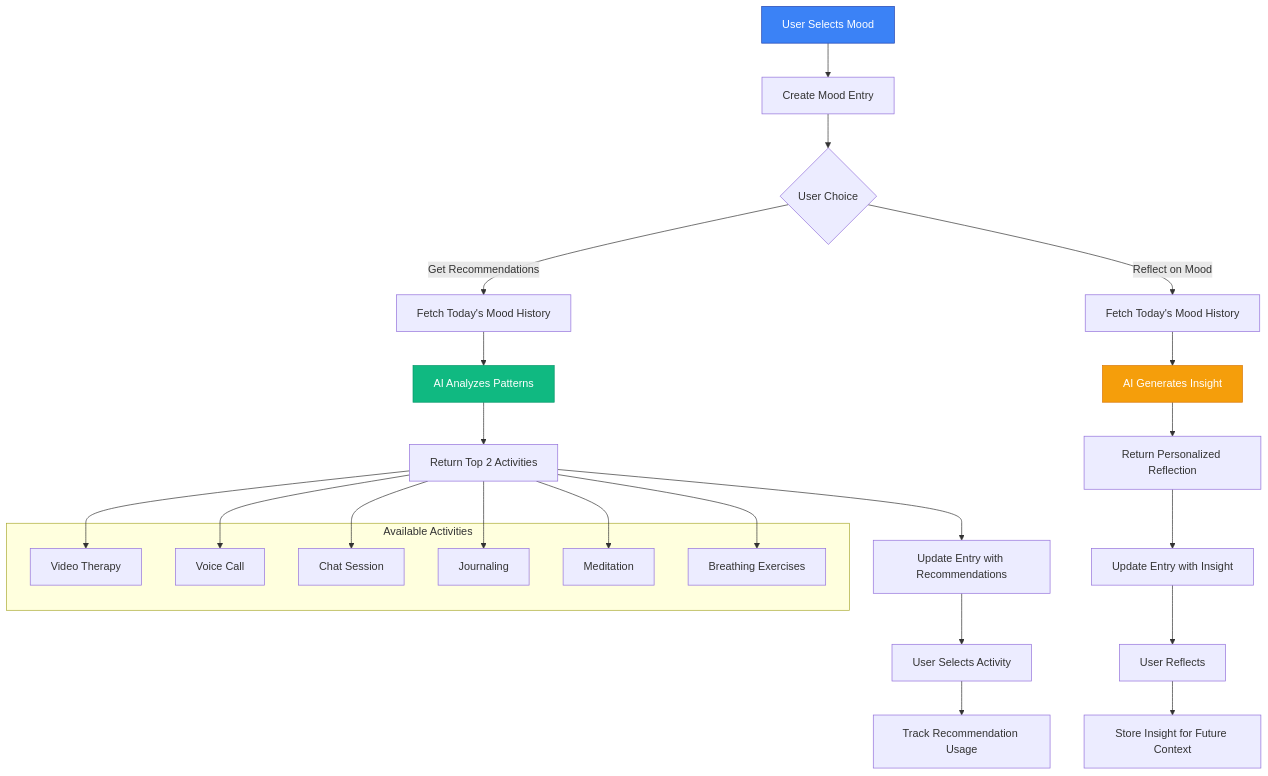
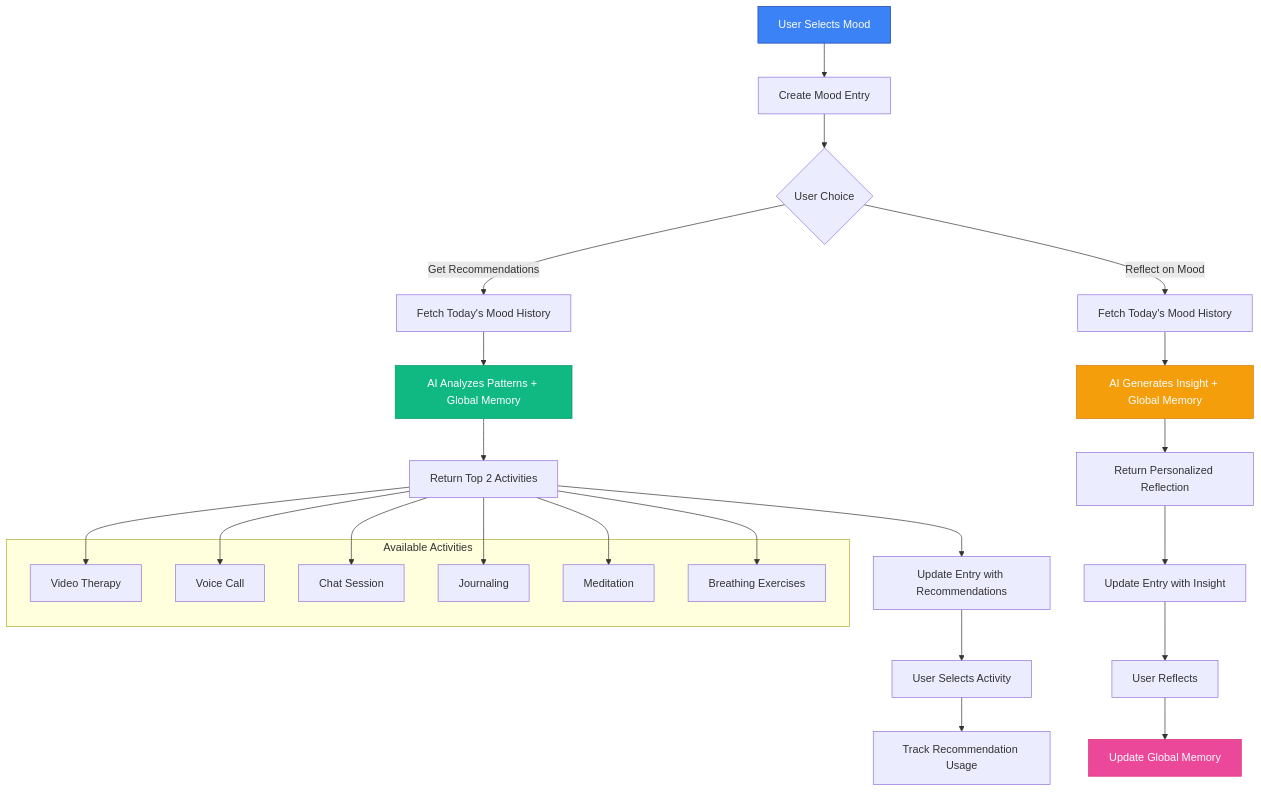
Before and after one commit to ItsRudraksh/mindfulai: the fourth of 5 diagrams in README.md, drawn with Mermaid. The commit also changed other lines of this file, not shown here.

````diff
--- a/README.md
+++ b/README.md
@@ -173,43 +247,44 @@
 ```mermaid
 flowchart TD
     A[User Selects Mood] --> B[Create Mood Entry]
     B --> C{User Choice}
 
     C -->|Get Recommendations| D[Fetch Today's Mood History]
     C -->|Reflect on Mood| E[Fetch Today's Mood History]
 
-    D --> F[AI Analyzes Patterns]
-    E --> G[AI Generates Insight]
+    D --> F[AI Analyzes Patterns + Global Memory]
+    E --> G[AI Generates Insight + Global Memory]
 
     F --> H[Return Top 2 Activities]
     G --> I[Return Personalized Reflection]
 
     H --> J[Update Entry with Recommendations]
     I --> K[Update Entry with Insight]
 
     J --> L[User Selects Activity]
     K --> M[User Reflects]
 
     L --> N[Track Recommendation Usage]
-    M --> O[Store Insight for Future Context]
+    M --> O[Update Global Memory]
 
     subgraph "Available Activities"
         P[Video Therapy]
         Q[Voice Call]
         R[Chat Session]
         S[Journaling]
         T[Meditation]
         U[Breathing Exercises]
     end
 
     H --> P
     H --> Q
     H --> R
     H --> S
     H --> T
     H --> U
 
     style A fill:#3b82f6,stroke:#1e40af,color:#fff
     style F fill:#10b981,stroke:#059669,color:#fff
     style G fill:#f59e0b,stroke:#d97706,color:#fff
+    style O fill:#ec4899,stroke:#db2777,color:#fff
 ```
````
